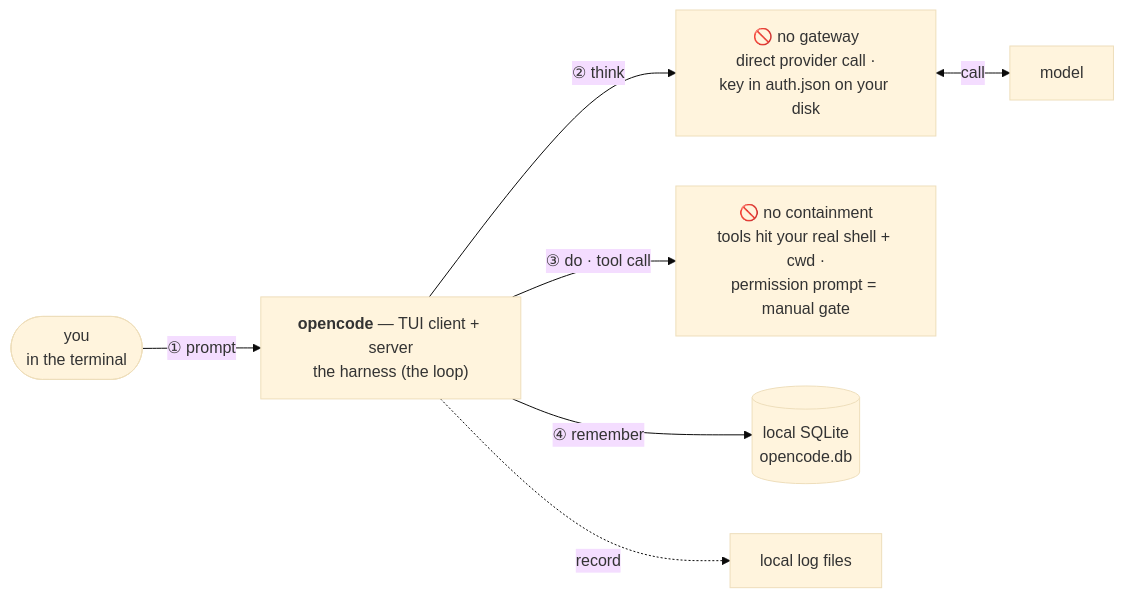
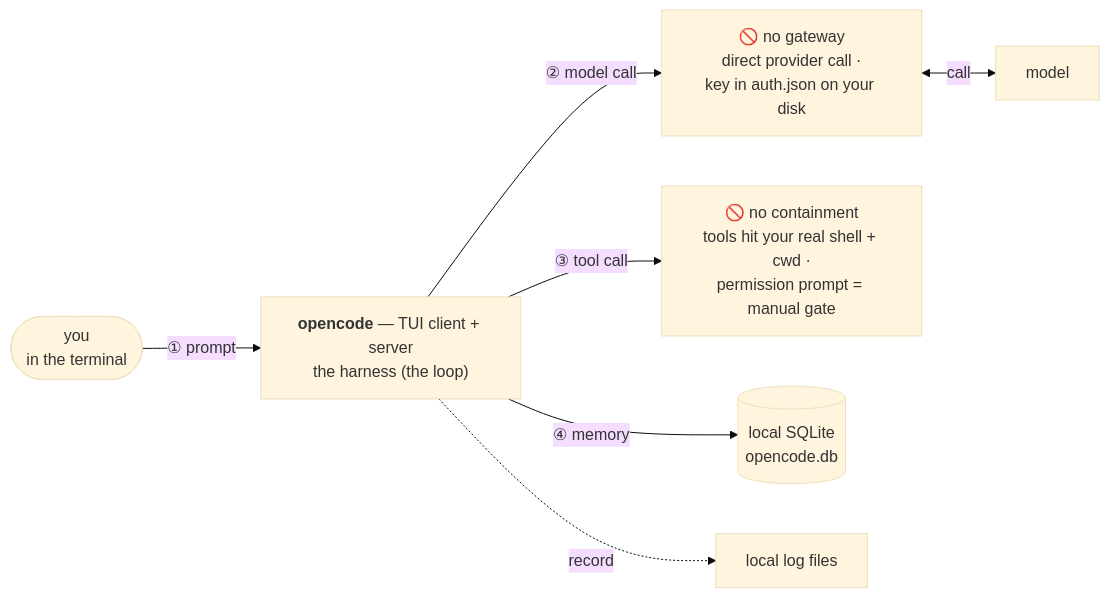
Before and after one commit to tilsley/creance: the ninth of 15 diagrams in docs/stack-slides.md, drawn with Mermaid (base theme). The commit also changed other lines of this file, not shown here.

First line of the commit message:
docs(slides): replace think/do/remember with concrete model call/tool call/memory throughout

````diff
--- a/docs/stack-slides.md
+++ b/docs/stack-slides.md
@@ -131,9 +131,9 @@
 ```mermaid
 flowchart LR
   Caller(["you<br/>in the terminal"]) -->|"① prompt"| RT["<b>opencode</b> — TUI client + server<br/>the harness (the loop)"]
-  RT -->|"② think"| GW["🚫 no gateway<br/>direct provider call ·<br/>key in auth.json on your disk"]
+  RT -->|"② model call"| GW["🚫 no gateway<br/>direct provider call ·<br/>key in auth.json on your disk"]
   GW <-->|"call"| Model["model"]
-  RT -->|"③ do · tool call"| SB["🚫 no containment<br/>tools hit your real shell + cwd ·<br/>permission prompt = manual gate"]
-  RT -->|"④ remember"| ST[("local SQLite<br/>opencode.db")]
+  RT -->|"③ tool call"| SB["🚫 no containment<br/>tools hit your real shell + cwd ·<br/>permission prompt = manual gate"]
+  RT -->|"④ memory"| ST[("local SQLite<br/>opencode.db")]
   RT -.->|"record"| OB["local log files"]
 ```
````
